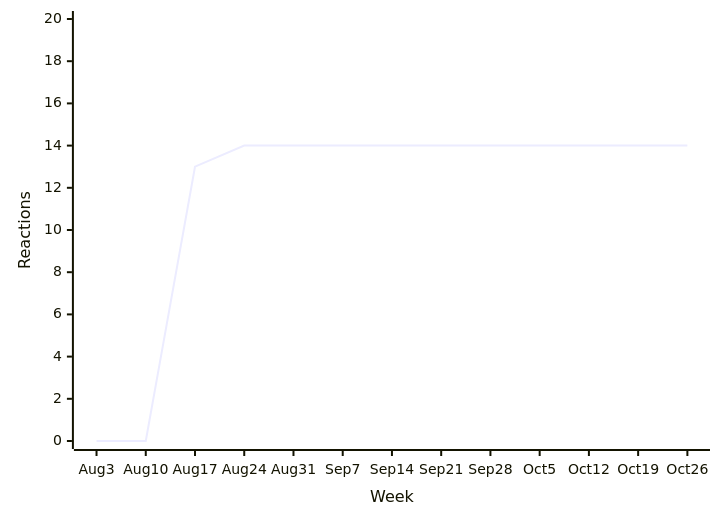
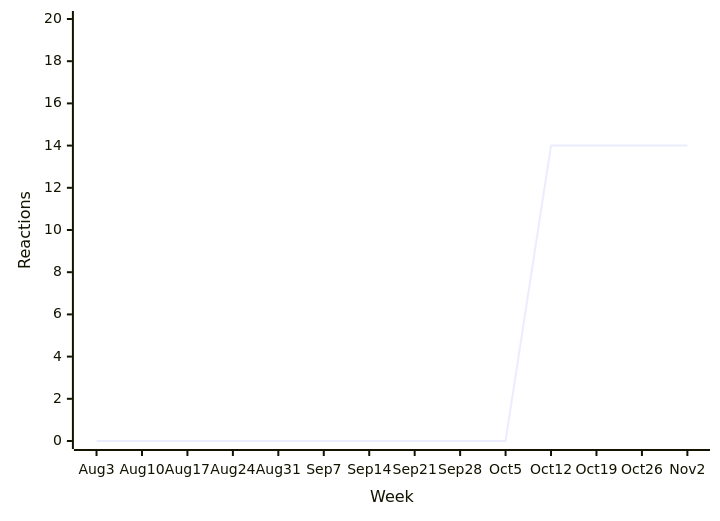
Before and after one commit to loic-sharma/github-insights: diagram 11 of 38 in README.md, drawn with Mermaid. The commit also changed other lines of this file and 3 other files, not shown here.

````diff
--- a/README.md
+++ b/README.md
@@ -494,6 +494,6 @@
   ```mermaid
   xychart-beta
-    x-axis "Week" [Aug 3, Aug 10, Aug 17, Aug 24, Aug 31, Sep 7, Sep 14, Sep 21, Sep 28, Oct 5, Oct 12, Oct 19, Oct 26]
+    x-axis "Week" [Aug 3, Aug 10, Aug 17, Aug 24, Aug 31, Sep 7, Sep 14, Sep 21, Sep 28, Oct 5, Oct 12, Oct 19, Oct 26, Nov 2]
     y-axis "Reactions" 0 --> 20
-    line [0, 0, 13, 14, 14, 14, 14, 14, 14, 14, 14, 14, 14]
+    line [0, 0, 0, 0, 0, 0, 0, 0, 0, 0, 14, 14, 14, 14]
   ```
````
